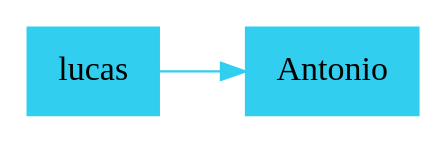
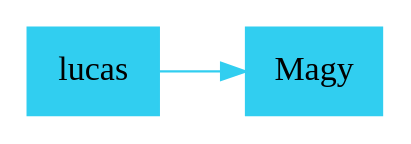
The diagram in PYTHON/lista.dot (201504242/Proyecto1s12017_201504303_201520506_201504242_201314001), drawn with Graphviz before and after one commit. The commit also changed 11 other files, not shown here.

```diff
--- a/PYTHON/lista.dot
+++ b/PYTHON/lista.dot
@@ -1,12 +1,12 @@
 digraph G { 
 rankdir=LR; 
  node [shape=box];
  node [style=filled]; 
  node [fillcolor="#31CEF0"];
  node [color="#31CEF0"];
  edge [color="#31CEF0"];
 0[label="lucas"];
-1[label="Antonio"];
+1[label="Magy"];
 
 0 -> 1;
  }
```
